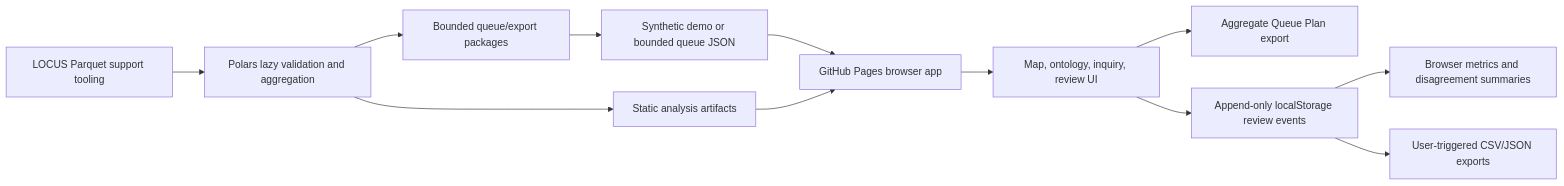
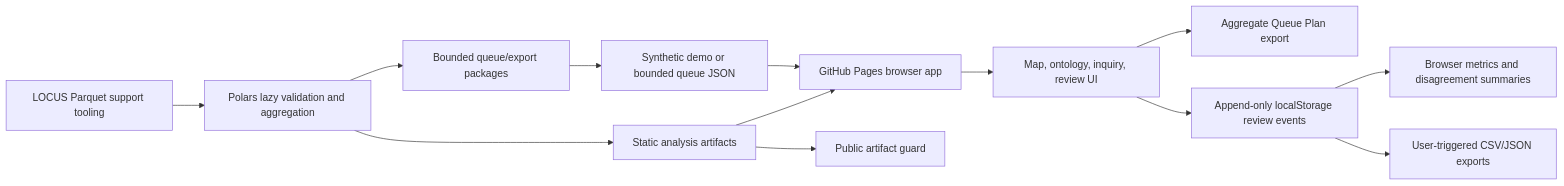
One commit to evcatalyst/evolocus changed the diagram in docs/architecture.md. Above: the diagram before and after it, drawn with Mermaid. The commit also changed other lines of this file and 13 other files, not shown here.

````diff
--- a/docs/architecture.md
+++ b/docs/architecture.md
@@ -7,14 +7,15 @@
 ```mermaid
 flowchart LR
   A["Synthetic demo or bounded queue JSON"] --> B["GitHub Pages browser app"]
   C["Static analysis artifacts"] --> B
   B --> D["Map, ontology, inquiry, review UI"]
   D --> Q["Aggregate Queue Plan export"]
   D --> E["Append-only localStorage review events"]
   E --> F["Browser metrics and disagreement summaries"]
   E --> G["User-triggered CSV/JSON exports"]
   H["LOCUS Parquet support tooling"] --> I["Polars lazy validation and aggregation"]
   I --> J["Bounded queue/export packages"]
   I --> C
+  C --> V["Public artifact guard"]
   J --> A
 ```
````
